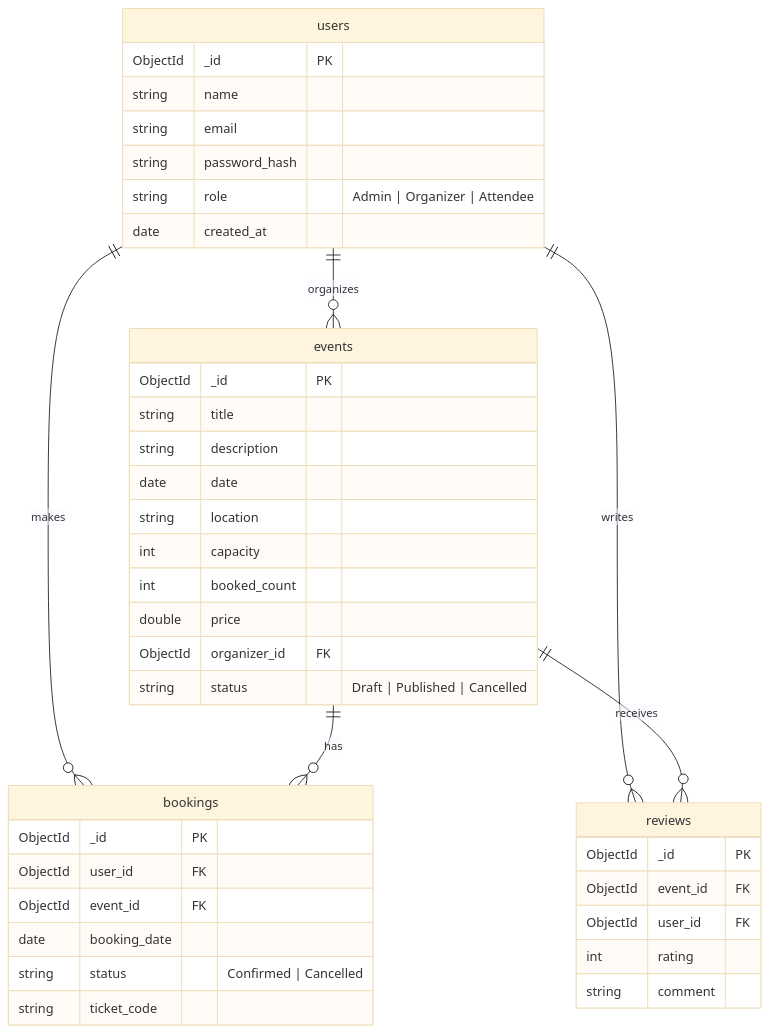
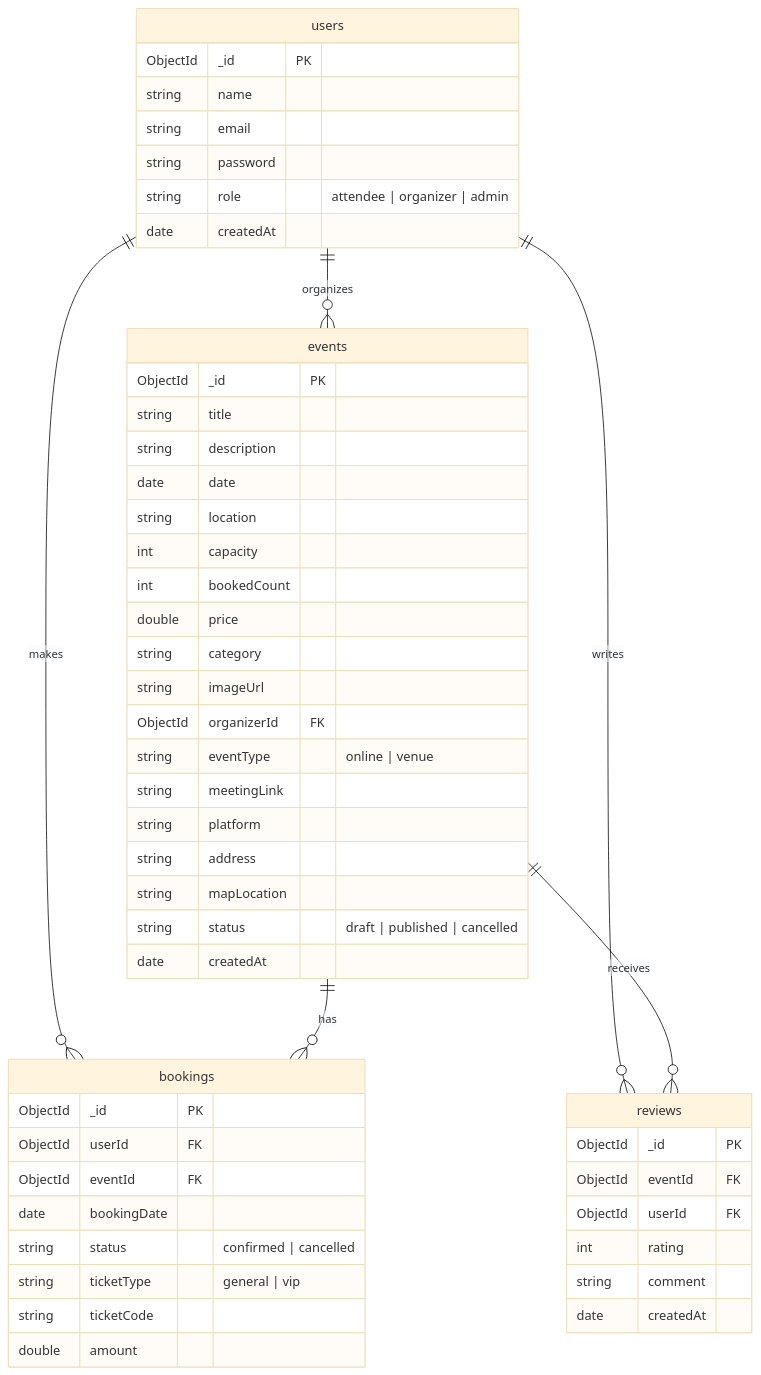
One commit to CodeVoyager-bit/EventHive changed the diagram in ErDiagram.md. Above: the diagram before and after it, drawn with Mermaid (base theme). The commit also changed 9 other files, not shown here.

````diff
--- a/ErDiagram.md
+++ b/ErDiagram.md
@@ -10,47 +10,58 @@
 ```mermaid
 erDiagram
     users {
         ObjectId _id PK
         string name
         string email
-        string password_hash
-        string role "Admin | Organizer | Attendee"
-        date created_at
+        string password
+        string role "attendee | organizer | admin"
+        date createdAt
     }
 
     events {
         ObjectId _id PK
         string title
         string description
         date date
         string location
         int capacity
-        int booked_count
+        int bookedCount
         double price
-        ObjectId organizer_id FK
-        string status "Draft | Published | Cancelled"
+        string category
+        string imageUrl
+        ObjectId organizerId FK
+        string eventType "online | venue"
+        string meetingLink
+        string platform
+        string address
+        string mapLocation
+        string status "draft | published | cancelled"
+        date createdAt
     }
 
     bookings {
         ObjectId _id PK
-        ObjectId user_id FK
-        ObjectId event_id FK
-        date booking_date
-        string status "Confirmed | Cancelled"
-        string ticket_code
+        ObjectId userId FK
+        ObjectId eventId FK
+        date bookingDate
+        string status "confirmed | cancelled"
+        string ticketType "general | vip"
+        string ticketCode
+        double amount
     }
 
     reviews {
         ObjectId _id PK
-        ObjectId event_id FK
-        ObjectId user_id FK
+        ObjectId eventId FK
+        ObjectId userId FK
         int rating
         string comment
+        date createdAt
     }
 
     users ||--o{ events : "organizes"
     users ||--o{ bookings : "makes"
     events ||--o{ bookings : "has"
     users ||--o{ reviews : "writes"
     events ||--o{ reviews : "receives"
 ```
````
